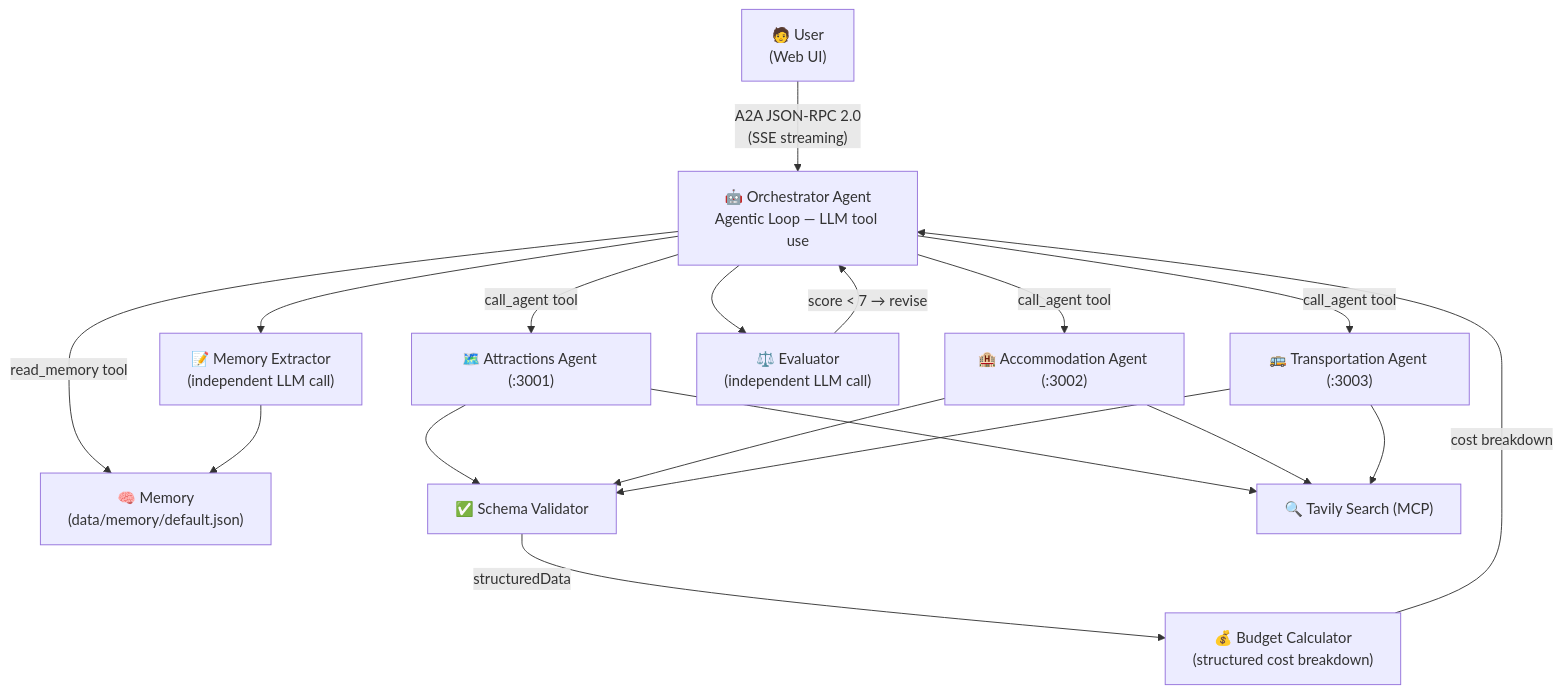
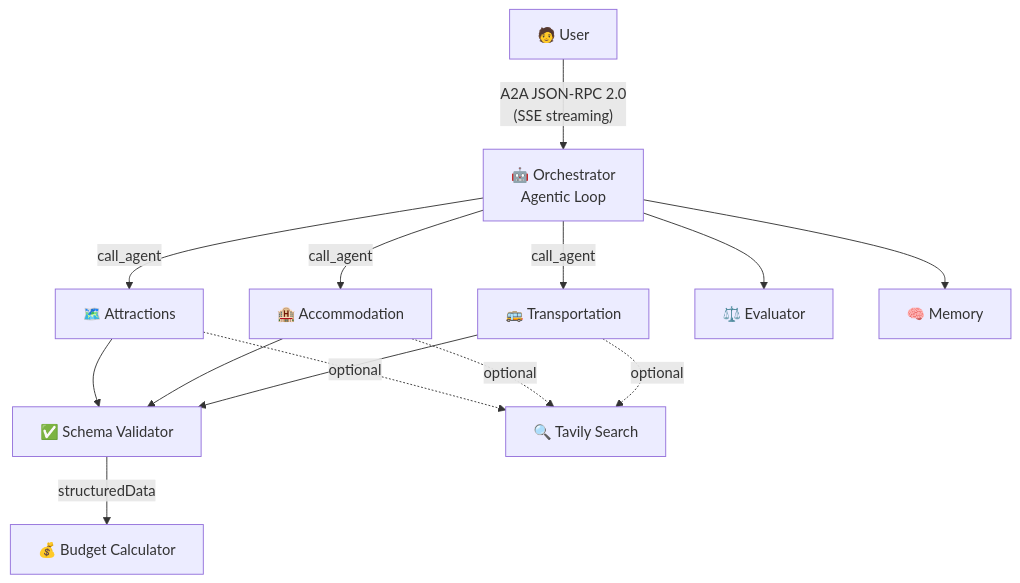
The diagram in README.md (Pin-Han/triplan), drawn with Mermaid before and after one commit. The commit also changed other lines of this file and 1 other file, not shown here.

````diff
--- a/README.md
+++ b/README.md
@@ -14,32 +54,12 @@
 ```mermaid
 graph TD
-    User["🧑 User\n(Web UI)"]
-    Coord["🤖 Orchestrator Agent\nAgentic Loop — LLM tool use"]
-    Mem["🧠 Memory\n(data/memory/default.json)"]
-    Attr["🗺️ Attractions Agent (:3001)"]
-    Accom["🏨 Accommodation Agent (:3002)"]
-    Trans["🚌 Transportation Agent (:3003)"]
-    Eval["⚖️ Evaluator\n(independent LLM call)"]
-    MemExt["📝 Memory Extractor\n(independent LLM call)"]
-    Schema["✅ Schema Validator"]
-    Budget["💰 Budget Calculator\n(structured cost breakdown)"]
-    Tavily["🔍 Tavily Search (MCP)"]
-
-    User -->|"A2A JSON-RPC 2.0\n(SSE streaming)"| Coord
-    Coord -->|"read_memory tool"| Mem
-    Coord -->|"call_agent tool"| Attr
-    Coord -->|"call_agent tool"| Accom
-    Coord -->|"call_agent tool"| Trans
-    Attr --> Schema
-    Accom --> Schema
-    Trans --> Schema
-    Attr --> Tavily
-    Accom --> Tavily
-    Trans --> Tavily
-    Coord --> Eval
-    Eval -->|"score < 7 → revise"| Coord
-    Schema -->|"structuredData"| Budget
-    Budget -->|"cost breakdown"| Coord
-    Coord --> MemExt
-    MemExt --> Mem
+    User["🧑 User"] -->|"A2A JSON-RPC 2.0\n(SSE streaming)"| Orch["🤖 Orchestrator\nAgentic Loop"]
+    Orch -->|call_agent| Attr["🗺️ Attractions"]
+    Orch -->|call_agent| Accom["🏨 Accommodation"]
+    Orch -->|call_agent| Trans["🚌 Transportation"]
+    Attr & Accom & Trans --> Valid["✅ Schema Validator"]
+    Attr & Accom & Trans -.->|optional| Tavily["🔍 Tavily Search"]
+    Valid -->|structuredData| Budget["💰 Budget Calculator"]
+    Orch --> Eval["⚖️ Evaluator"]
+    Orch --> Mem["🧠 Memory"]
 ```
````
